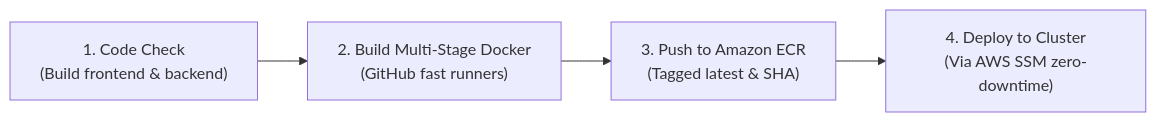
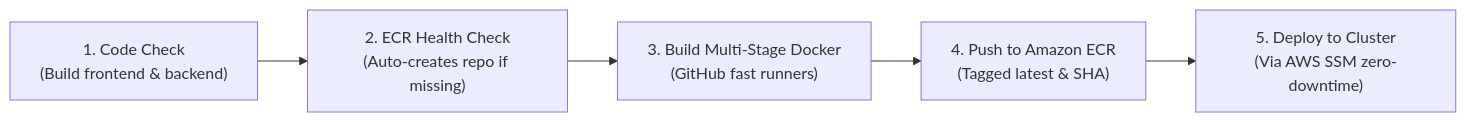
The diagram in GITHUB_ACTIONS_SETUP_GUIDE.md (nayka-mihir/CloudScale), drawn with Mermaid before and after one commit. The commit also changed other lines of this file and 1 other file, not shown here.

Commit message:
feat(ci-cd): add auto-provisioning ECR logic to GitHub Actions workflow

````diff
--- a/GITHUB_ACTIONS_SETUP_GUIDE.md
+++ b/GITHUB_ACTIONS_SETUP_GUIDE.md
@@ -11,6 +11,7 @@
 ```mermaid
 flowchart LR
-    A["1. Code Check\n(Build frontend & backend)"] --> B["2. Build Multi-Stage Docker\n(GitHub fast runners)"]
-    B --> C["3. Push to Amazon ECR\n(Tagged latest & SHA)"]
-    C --> D["4. Deploy to Cluster\n(Via AWS SSM zero-downtime)"]
+    A["1. Code Check\n(Build frontend & backend)"] --> B["2. ECR Health Check\n(Auto-creates repo if missing)"]
+    B --> C["3. Build Multi-Stage Docker\n(GitHub fast runners)"]
+    C --> D["4. Push to Amazon ECR\n(Tagged latest & SHA)"]
+    D --> E["5. Deploy to Cluster\n(Via AWS SSM zero-downtime)"]
 ```
````
